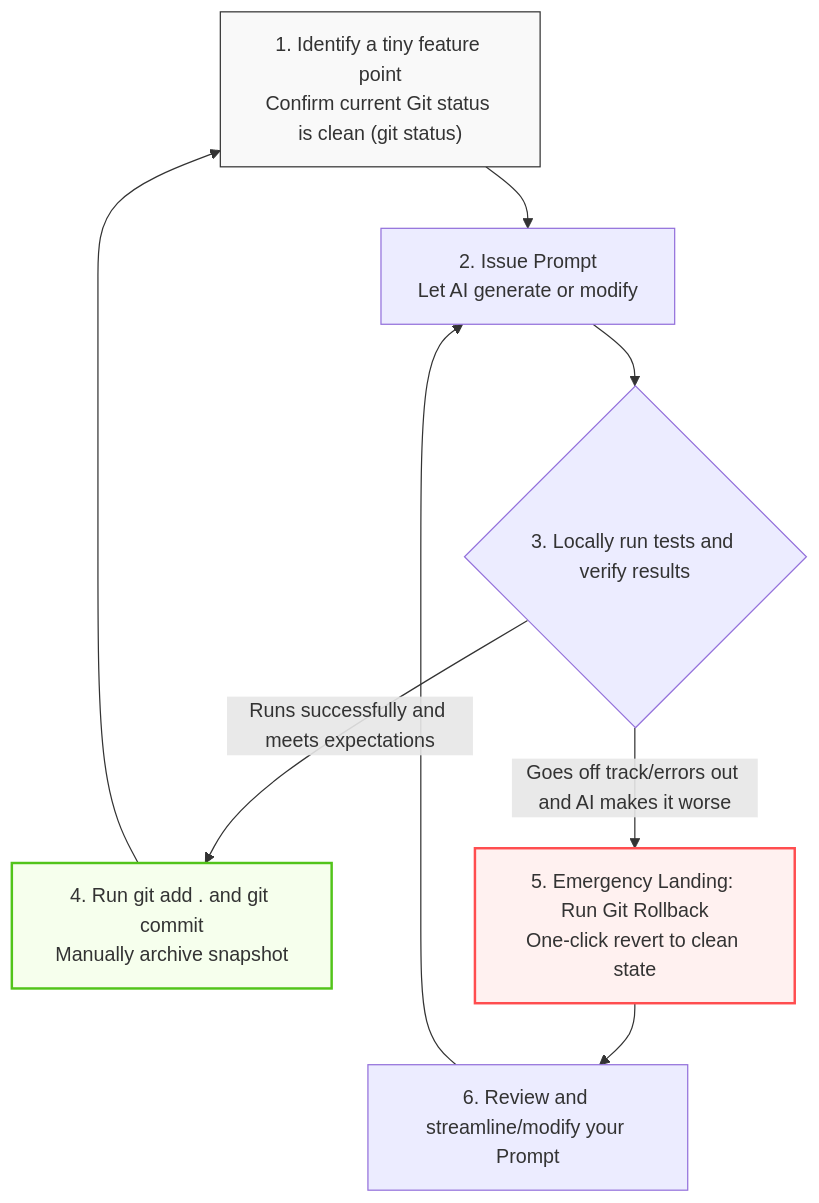
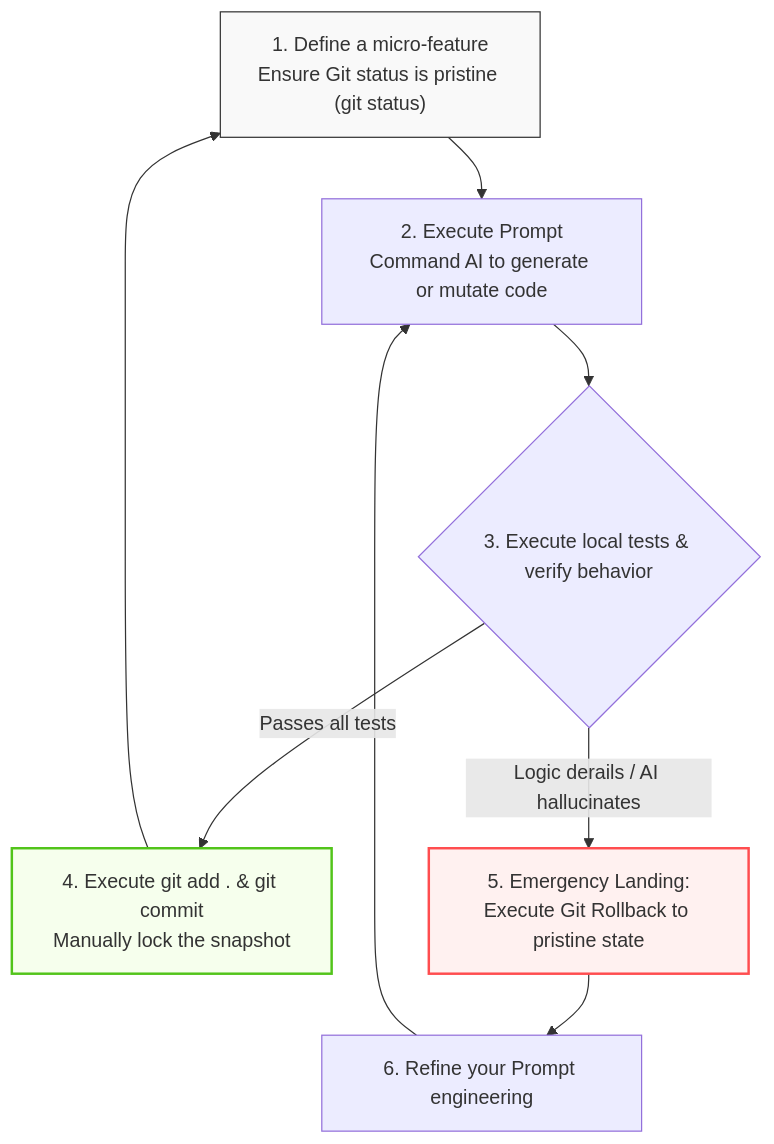
One commit to ruanqizhen/cocode changed the second of 2 diagrams in i18n/en/docusaurus-plugin-content-docs/current/git_basics.md. Above: the diagram before and after it, drawn with Mermaid. The commit also changed other lines of this file and 41 other files, not shown here.

````diff
--- a/i18n/en/docusaurus-plugin-content-docs/current/git_basics.md
+++ b/i18n/en/docusaurus-plugin-content-docs/current/git_basics.md
@@ -172,17 +161,16 @@
 ```mermaid
 graph TD
-    Start["1. Identify a tiny feature point<br>Confirm current Git status is clean (git status)"] --> Code["2. Issue Prompt<br>Let AI generate or modify"]
-    Code --> Test{"3. Locally run tests and verify results"}
+    Start["1. Define a micro-feature<br>Ensure Git status is pristine (git status)"] --> Code["2. Execute Prompt<br>Command AI to generate or mutate code"]
+    Code --> Test{"3. Execute local tests & verify behavior"}
     
-    Test -- "Runs successfully and meets expectations" --> Commit["4. Run git add . and git commit<br>Manually archive snapshot"]
+    Test -- "Passes all tests" --> Commit["4. Execute git add . & git commit<br>Manually lock the snapshot"]
     Commit --> Start
     
-    Test -- "Goes off track/errors out and AI makes it worse" --> Rollback["5. Emergency Landing: Run Git Rollback<br>One-click revert to clean state"]
-    Rollback --> Refine["6. Review and streamline/modify your Prompt"]
+    Test -- "Logic derails / AI hallucinates" --> Rollback["5. Emergency Landing:<br>Execute Git Rollback to pristine state"]
+    Rollback --> Refine["6. Refine your Prompt engineering"]
     Refine --> Code
 
     style Start fill:#f9f9f9,stroke:#333
     style Commit fill:#f6ffed,stroke:#52c41a,stroke-width:2px
     style Rollback fill:#fff1f0,stroke:#ff4d4f,stroke-width:2px
-
 ```
````
